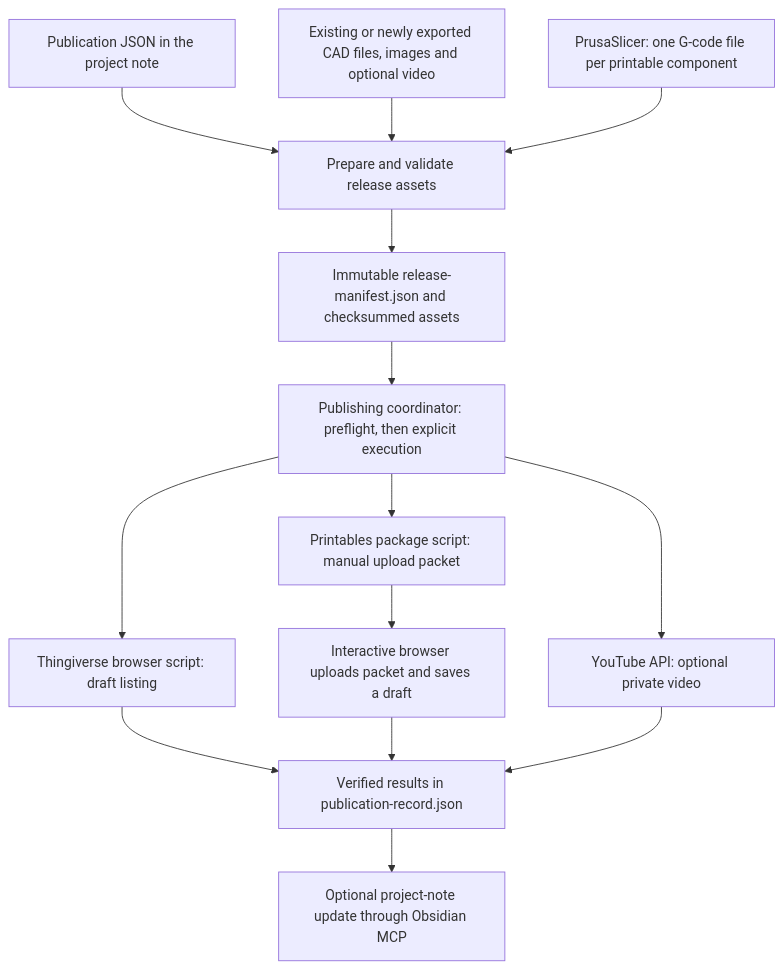
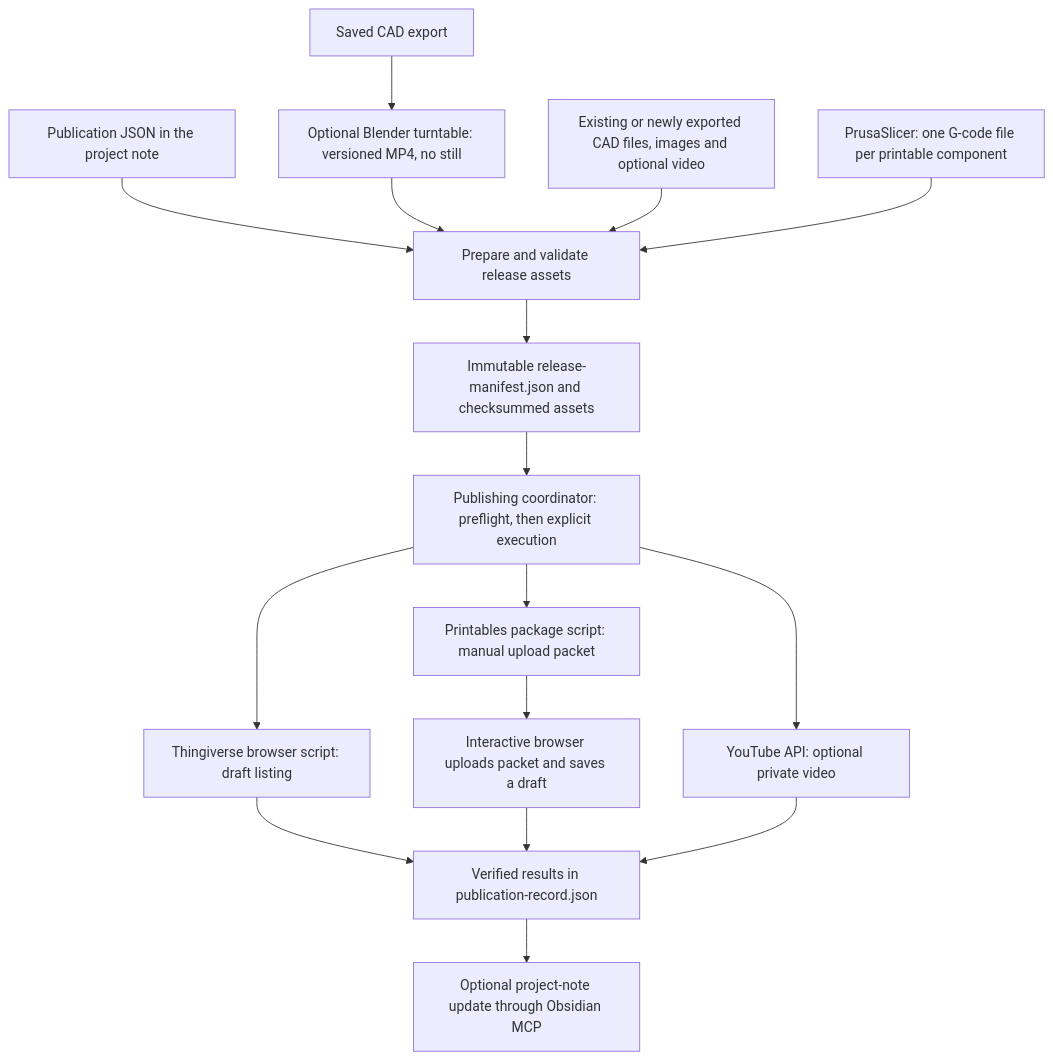
Before and after one commit to ScottGibb/CAD-Publishing-Skills: the first of 4 diagrams in README.md, drawn with Mermaid. The commit also changed other lines of this file and 14 other files, not shown here.

Commit message:
feat: add versioned CAD turntable publishing workflow

````diff
--- a/README.md
+++ b/README.md
@@ -22,16 +25,18 @@
 ```mermaid
 flowchart TD
     Note["Publication JSON in the project note"] --> Prepare["Prepare and validate release assets"]
+    CAD["Saved CAD export"] --> Turntable["Optional Blender turntable: versioned MP4, no still"]
+    Turntable --> Prepare
     Assets["Existing or newly exported CAD files, images and optional video"] --> Prepare
     Slicing["PrusaSlicer: one G-code file per printable component"] --> Prepare
     Prepare --> Manifest["Immutable release-manifest.json and checksummed assets"]
     Manifest --> Coordinator["Publishing coordinator: preflight, then explicit execution"]
     Coordinator --> Thingiverse["Thingiverse browser script: draft listing"]
     Coordinator --> Printables["Printables package script: manual upload packet"]
     Coordinator --> YouTube["YouTube API: optional private video"]
     Thingiverse --> Record["Verified results in publication-record.json"]
     Printables --> Manual["Interactive browser uploads packet and saves a draft"]
     Manual --> Record
     YouTube --> Record
     Record --> Obsidian["Optional project-note update through Obsidian MCP"]
 ```
````
